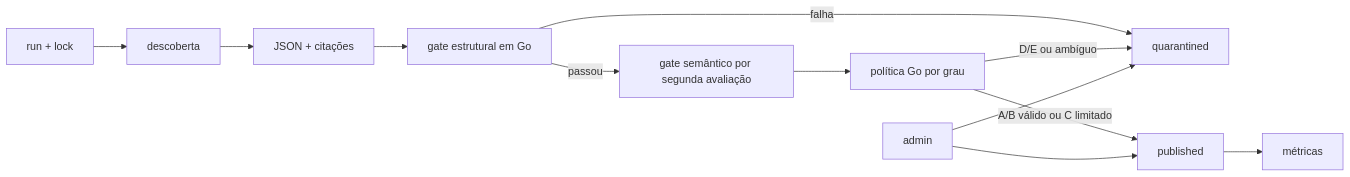
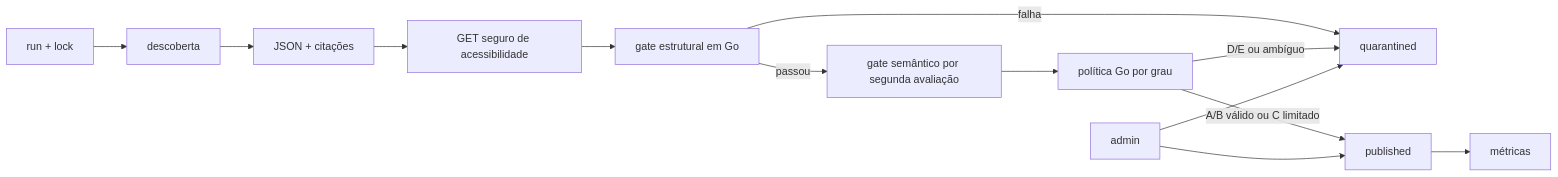
Before and after one commit to raphaieu/vorcarozap: the diagram in docs/07-monitoramento-e-llm.md, drawn with Mermaid. The commit also changed other lines of this file and 17 other files, not shown here.

````diff
--- a/docs/07-monitoramento-e-llm.md
+++ b/docs/07-monitoramento-e-llm.md
@@ -24,14 +24,15 @@
 ```mermaid
 flowchart LR
   A[run + lock] --> B[descoberta]
   B --> C[JSON + citações]
-  C --> D[gate estrutural em Go]
+  C --> V[GET seguro de acessibilidade]
+  V --> D[gate estrutural em Go]
   D -->|passou| S[gate semântico por segunda avaliação]
   D -->|falha| Q[quarantined]
   S --> G[política Go por grau]
   G -->|A/B válido ou C limitado| P[published]
   G -->|D/E ou ambíguo| Q
   P --> M[métricas]
   ADM[admin] --> P
   ADM --> Q
 ```
````
